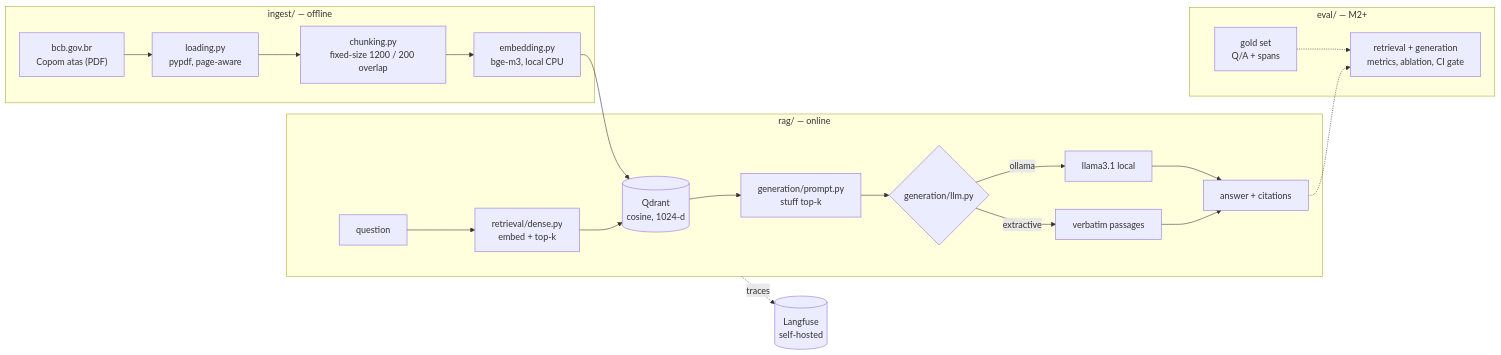
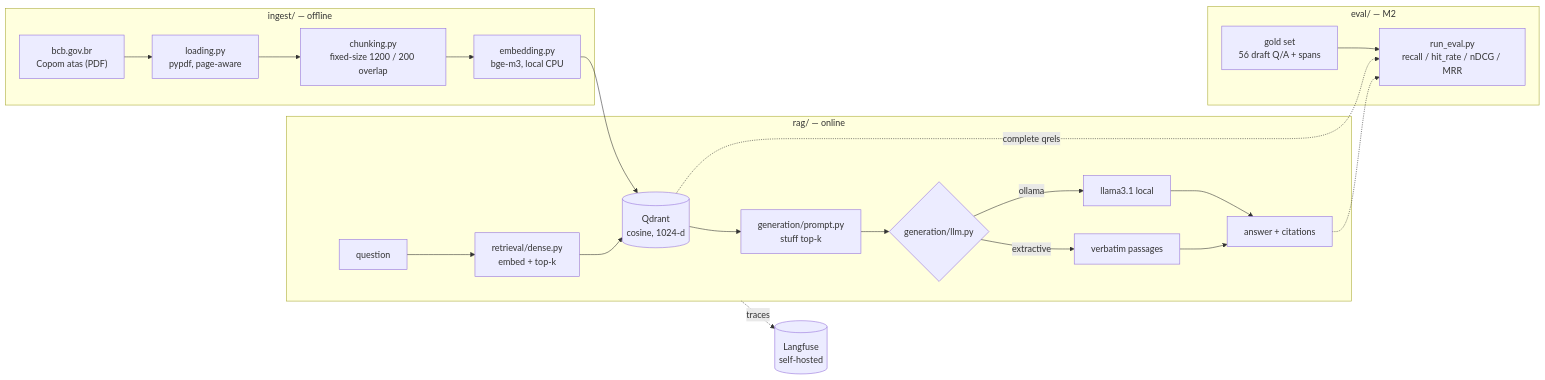
Before and after one commit to rmonteiro-pereira/rag-eval: the diagram in README.md, drawn with Mermaid. The commit also changed other lines of this file, not shown here.

````diff
--- a/README.md
+++ b/README.md
@@ -15,29 +18,30 @@
 ```mermaid
 flowchart LR
     subgraph ingest["ingest/ — offline"]
         A["bcb.gov.br<br/>Copom atas (PDF)"] --> B["loading.py<br/>pypdf, page-aware"]
         B --> C["chunking.py<br/>fixed-size 1200 / 200 overlap"]
         C --> D["embedding.py<br/>bge-m3, local CPU"]
     end
 
     D --> Q[("Qdrant<br/>cosine, 1024-d")]
 
     subgraph ask["rag/ — online"]
         E["question"] --> F["retrieval/dense.py<br/>embed + top-k"]
         F --> Q
         Q --> G["generation/prompt.py<br/>stuff top-k"]
         G --> H{"generation/llm.py"}
         H -->|ollama| I["llama3.1 local"]
         H -->|extractive| J["verbatim passages"]
         I --> K["answer + citations"]
         J --> K
     end
 
     ask -.->|traces| L[("Langfuse<br/>self-hosted")]
 
-    subgraph later["eval/ — M2+"]
-        M["gold set<br/>Q/A + spans"] -.-> N["retrieval + generation<br/>metrics, ablation, CI gate"]
+    subgraph evalsg["eval/ — M2"]
+        M["gold set<br/>56 draft Q/A + spans"] --> N["run_eval.py<br/>recall / hit_rate / nDCG / MRR"]
+        Q -.->|complete qrels| N
     end
 
     K -.-> N
 ```
````
